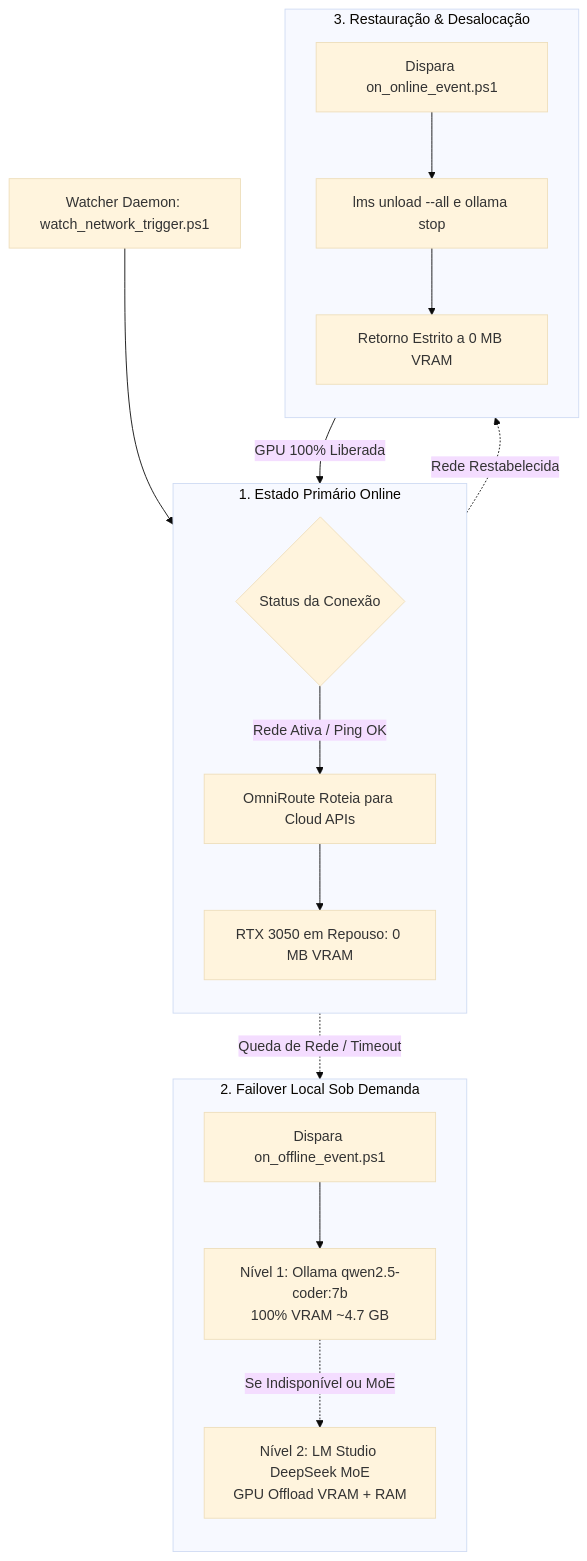
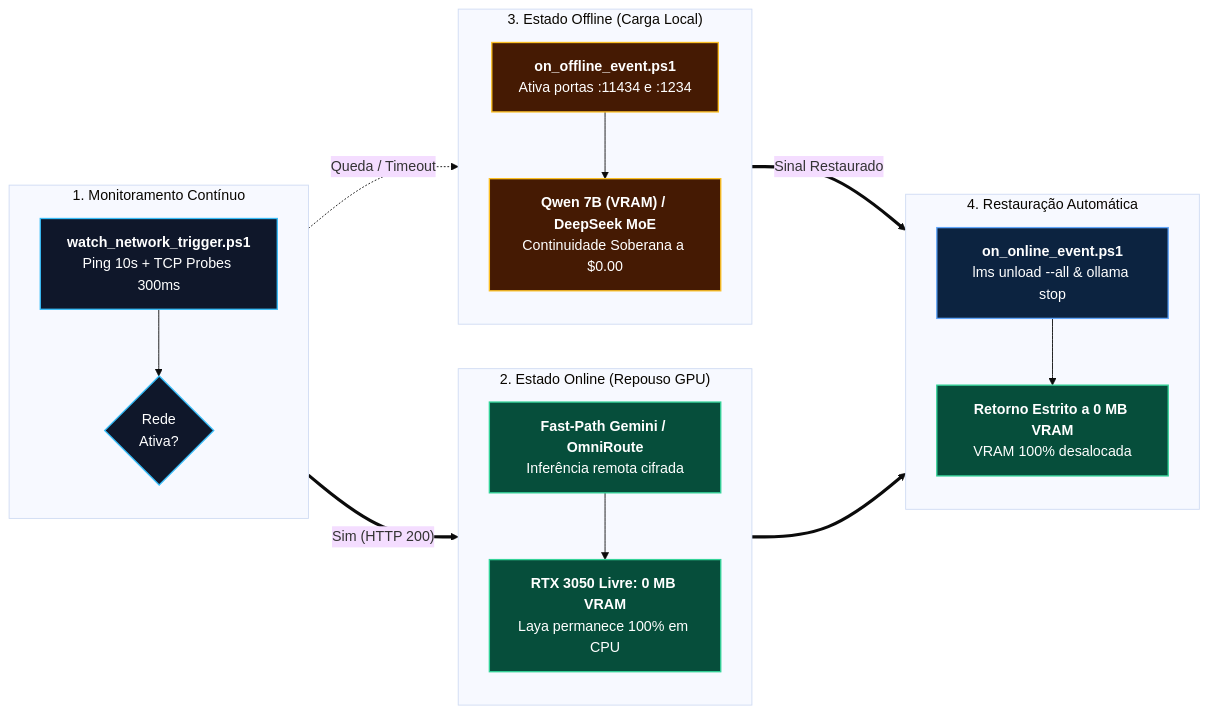
One commit to EnterDufter/PromptCoreLabs_AEOS changed the second of 2 diagrams in docs/hybrid-inference-architecture.md. Above: the diagram before and after it, drawn with Mermaid (base theme). The commit also changed other lines of this file and 34 other files, not shown here.

First line of the commit message:
docs(aeos-v3.6): upgrade complete repository & Living Architecture portal with pure UTF-8, Dual-Track narrative & Cortex v7 diagrams

````diff
--- a/docs/hybrid-inference-architecture.md
+++ b/docs/hybrid-inference-architecture.md
@@ -59,26 +82,40 @@
 ```mermaid
-flowchart TD
-    Daemon[Watcher Daemon: watch_network_trigger.ps1] --> Router{Status da Conexão}
+flowchart LR
+    classDef watch fill:#0f172a,stroke:#38bdf8,stroke-width:1.5px,color:#ffffff;
+    classDef on fill:#064e3b,stroke:#34d399,stroke-width:1.5px,color:#ffffff;
+    classDef off fill:#451a03,stroke:#fbbf24,stroke-width:1.5px,color:#ffffff;
+    classDef rest fill:#0c2340,stroke:#60a5fa,stroke-width:1.5px,color:#ffffff;
 
-    subgraph EstadoOnline [1. Estado Primário Online]
+    subgraph Mon ["1. Monitoramento Contínuo"]
         direction TB
-        Router -->|Rede Ativa / Ping OK| CloudOp[OmniRoute Roteia para Cloud APIs]
-        CloudOp --> ZeroVRAM[RTX 3050 em Repouso: 0 MB VRAM]
+        Daemon["<b>watch_network_trigger.ps1</b><br/>Ping 10s + TCP Probes 300ms"]:::watch
+        Router{"Rede<br/>Ativa?"}:::watch
+        Daemon --> Router
     end
 
-    subgraph EstadoOffline [2. Failover Local Sob Demanda]
+    subgraph Online ["2. Estado Online (Repouso GPU)"]
         direction TB
-        Router -.->|Queda de Rede / Timeout| TriggerOff[Dispara on_offline_event.ps1]
-        TriggerOff --> L1[Nível 1: Ollama qwen2.5-coder:7b<br>100% VRAM ~4.7 GB]
-        L1 -.->|Se Indisponível ou MoE| L2[Nível 2: LM Studio DeepSeek MoE<br>GPU Offload VRAM + RAM]
+        CloudOp["<b>Fast-Path Gemini / OmniRoute</b><br/>Inferência remota cifrada"]:::on
+        ZeroVRAM["<b>RTX 3050 Livre: 0 MB VRAM</b><br/>Laya permanece 100% em CPU"]:::on
+        CloudOp --> ZeroVRAM
     end
 
-    subgraph EstadoRestauracao [3. Restauração & Desalocação]
+    subgraph Offline ["3. Estado Offline (Carga Local)"]
         direction TB
-        Router -.->|Rede Restabelecida| TriggerOn[Dispara on_online_event.ps1]
-        TriggerOn --> Unload[lms unload --all e ollama stop]
-        Unload --> ZeroReturn[Retorno Estrito a 0 MB VRAM]
+        TriggerOff["<b>on_offline_event.ps1</b><br/>Ativa portas :11434 e :1234"]:::off
+        LocalLoad["<b>Qwen 7B (VRAM) / DeepSeek MoE</b><br/>Continuidade Soberana a $0.00"]:::off
+        TriggerOff --> LocalLoad
     end
 
-    ZeroReturn -->|GPU 100% Liberada| Router
+    subgraph Restore ["4. Restauração Automática"]
+        direction TB
+        TriggerOn["<b>on_online_event.ps1</b><br/>lms unload --all & ollama stop"]:::rest
+        ZeroReturn["<b>Retorno Estrito a 0 MB VRAM</b><br/>VRAM 100% desalocada"]:::on
+        TriggerOn --> ZeroReturn
+    end
+
+    Router ==>|"Sim (HTTP 200)"| CloudOp
+    Router -.->|"Queda / Timeout"| TriggerOff
+    LocalLoad ==>|"Sinal Restaurado"| TriggerOn
+    ZeroVRAM ==> ZeroReturn
 ```
````
